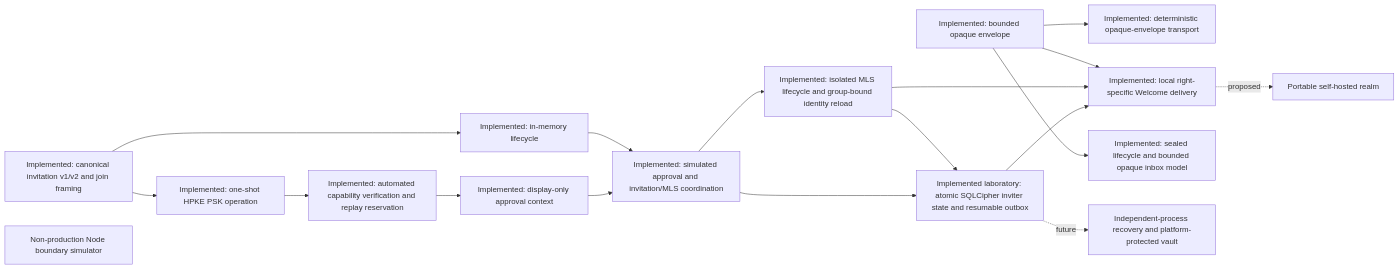
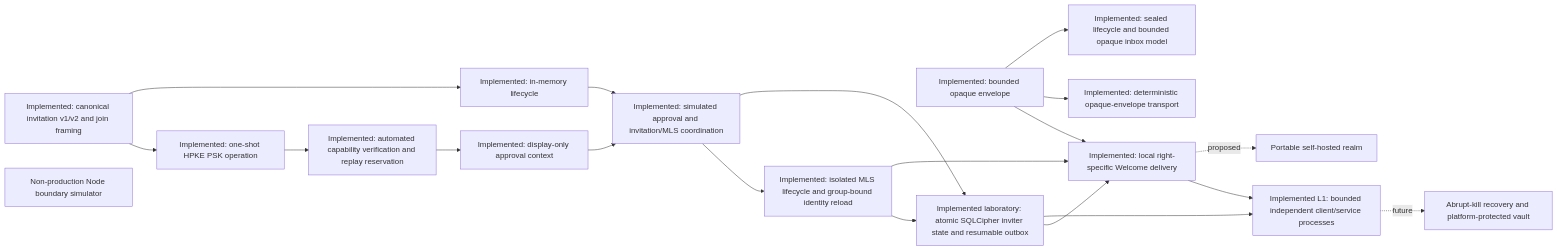
Before and after one commit to dills122/session-chat: the diagram in docs/INDEPENDENT_AUDIT_BRIEF.md, drawn with Mermaid. The commit also changed other lines of this file and 16 other files, not shown here.

First line of the commit message:
feat(sessionctl): add bounded independent-process L1 runner (#288)

````diff
--- a/docs/INDEPENDENT_AUDIT_BRIEF.md
+++ b/docs/INDEPENDENT_AUDIT_BRIEF.md
@@ -123,24 +130,27 @@
 ```mermaid
 flowchart LR
   I["Implemented: canonical invitation v1/v2 and join framing"] --> P["Implemented: one-shot HPKE PSK operation"]
   P --> C["Implemented: automated capability verification and replay reservation"]
   I --> R["Implemented: in-memory lifecycle"]
   E["Implemented: bounded opaque envelope"]
   M["Implemented: isolated MLS lifecycle and group-bound identity reload"]
   Q["Implemented laboratory: atomic SQLCipher inviter state and resumable outbox"]
+  L["Implemented L1: bounded independent client/service processes"]
   D["Implemented: deterministic opaque-envelope transport"]
   N["Non-production Node boundary simulator"]
   C --> O["Implemented: display-only approval context"]
   O --> A["Implemented: simulated approval and invitation/MLS coordination"]
   R --> A
   A --> M
   A --> Q
   M --> Q
   Q --> T
   M --> T["Implemented: local right-specific Welcome delivery"]
+  Q --> L
+  T --> L
   E --> T
   E --> D
   E --> V["Implemented: sealed lifecycle and bounded opaque inbox model"]
-  Q -. future .-> S["Independent-process recovery and platform-protected vault"]
+  L -. future .-> S["Abrupt-kill recovery and platform-protected vault"]
   T -. proposed .-> H["Portable self-hosted realm"]
 ```
````
